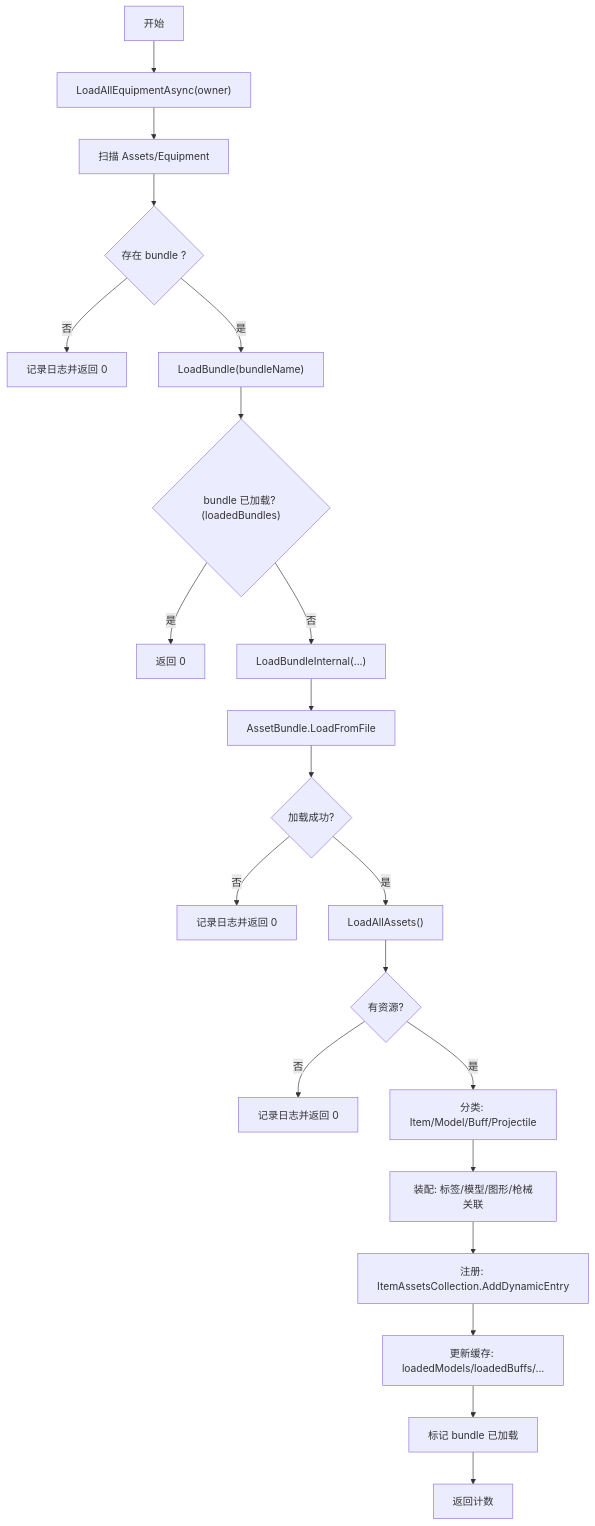
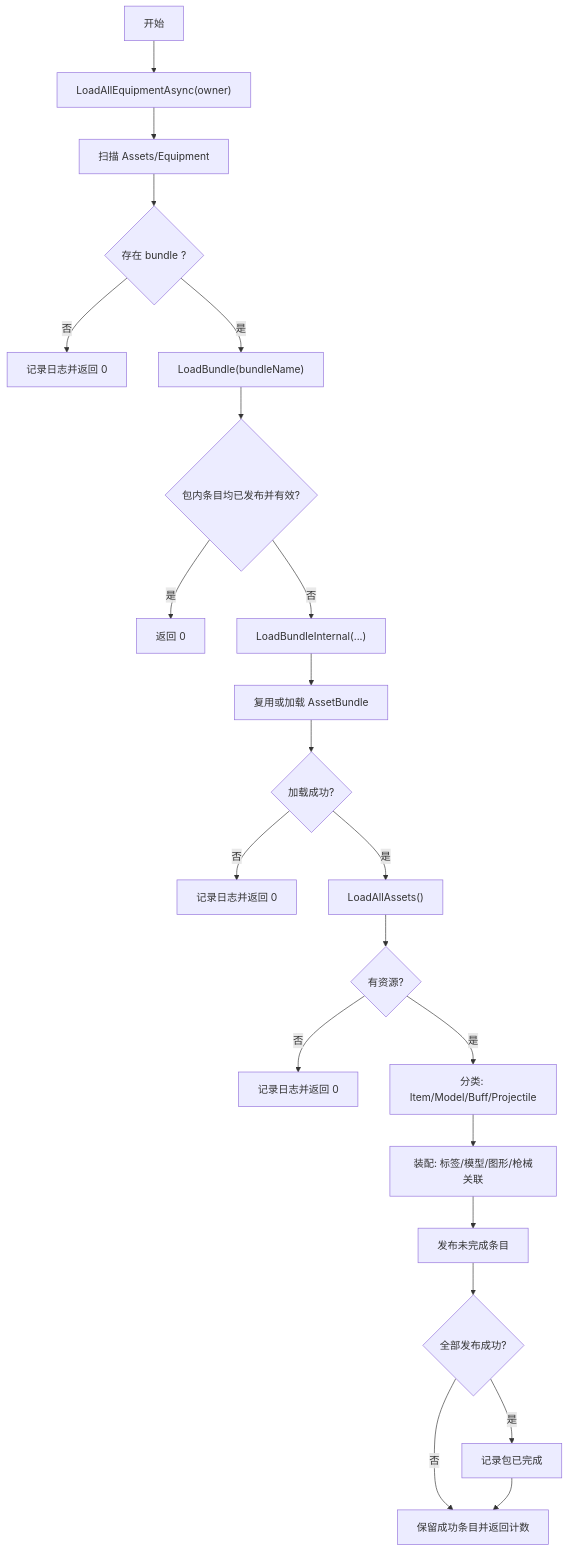
One commit to GASEN1216/BossRushMod changed the seventh of 8 diagrams in .qoder/repowiki/zh/content/装备与物品系统/装备框架与工厂系统/工厂核心架构.md. Above: the diagram before and after it, drawn with Mermaid. The commit also changed other lines of this file and 94 other files, not shown here.

````diff
--- a/.qoder/repowiki/zh/content/装备与物品系统/装备框架与工厂系统/工厂核心架构.md
+++ b/.qoder/repowiki/zh/content/装备与物品系统/装备框架与工厂系统/工厂核心架构.md
@@ -262,23 +266,24 @@
 ```mermaid
 flowchart TD
 S["开始"] --> L1["LoadAllEquipmentAsync(owner)"]
 L1 --> L2["扫描 Assets/Equipment"]
 L2 --> L3{"存在 bundle ?"}
 L3 --> |否| E1["记录日志并返回 0"]
 L3 --> |是| L4["LoadBundle(bundleName)"]
-L4 --> L5{"bundle 已加载? (loadedBundles)"}
+L4 --> L5{"包内条目均已发布并有效?"}
 L5 --> |是| R1["返回 0"]
 L5 --> |否| L6["LoadBundleInternal(...)"]
-L6 --> L7["AssetBundle.LoadFromFile"]
+L6 --> L7["复用或加载 AssetBundle"]
 L7 --> L8{"加载成功?"}
 L8 --> |否| E2["记录日志并返回 0"]
 L8 --> |是| L9["LoadAllAssets<GameObject>()"]
 L9 --> L10{"有资源?"}
 L10 --> |否| E3["记录日志并返回 0"]
 L10 --> |是| L11["分类: Item/Model/Buff/Projectile"]
 L11 --> L12["装配: 标签/模型/图形/枪械关联"]
-L12 --> L13["注册: ItemAssetsCollection.AddDynamicEntry"]
-L13 --> L14["更新缓存: loadedModels/loadedBuffs/..."]
-L14 --> L15["标记 bundle 已加载"]
-L15 --> R2["返回计数"]
+L12 --> L13["发布未完成条目"]
+L13 --> L14{"全部发布成功?"}
+L14 --> |是| L15["记录包已完成"]
+L14 --> |否| R2["保留成功条目并返回计数"]
+L15 --> R2
 ```
````
